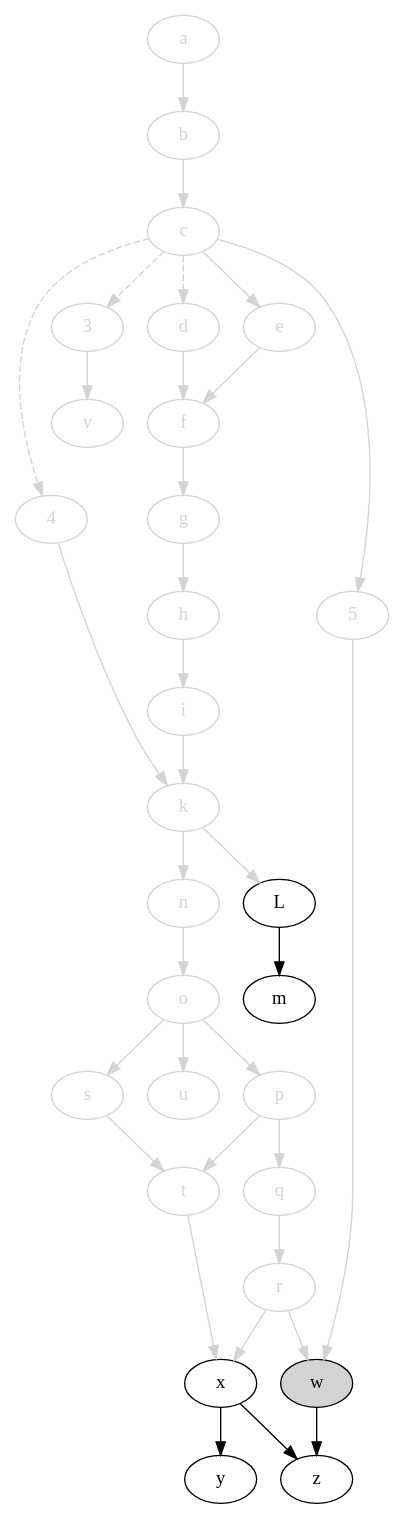
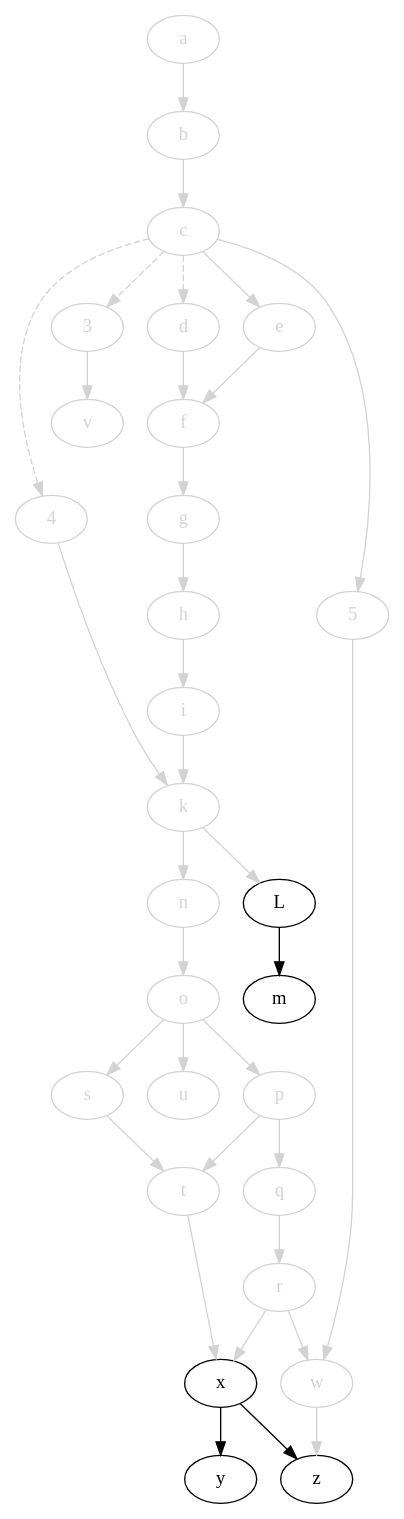
One commit to jdmpapin/svm-startup-deps changed the diagram in svm-startup-deps.dot. Above: the diagram before and after it, drawn with Graphviz. The commit also changed 1 other file, not shown here.

```diff
--- a/svm-startup-deps.dot
+++ b/svm-startup-deps.dot
@@ -1,67 +1,67 @@
 digraph {
     // open: [style=filled,fillcolor=lightgrey]
     // closed: [color=lightgrey,fontcolor=lightgrey]
 
     4 [color=lightgrey,fontcolor=lightgrey];
     3 [color=lightgrey,fontcolor=lightgrey];
     a [color=lightgrey,fontcolor=lightgrey];
     b [color=lightgrey,fontcolor=lightgrey];
     c [color=lightgrey,fontcolor=lightgrey];
     d [color=lightgrey,fontcolor=lightgrey];
     e [color=lightgrey,fontcolor=lightgrey];
     f [color=lightgrey,fontcolor=lightgrey];
     g [color=lightgrey,fontcolor=lightgrey];
     h [color=lightgrey,fontcolor=lightgrey];
     i [color=lightgrey,fontcolor=lightgrey];
     k [color=lightgrey,fontcolor=lightgrey];
     L;
     m;
     5 [color=lightgrey,fontcolor=lightgrey];
     n [color=lightgrey,fontcolor=lightgrey];
     o [color=lightgrey,fontcolor=lightgrey];
     p [color=lightgrey,fontcolor=lightgrey];
     q [color=lightgrey,fontcolor=lightgrey];
     r [color=lightgrey,fontcolor=lightgrey];
     s [color=lightgrey,fontcolor=lightgrey];
     t [color=lightgrey,fontcolor=lightgrey];
     u [color=lightgrey,fontcolor=lightgrey];
     v [color=lightgrey,fontcolor=lightgrey];
-    w [style=filled,fillcolor=lightgrey];
+    w [color=lightgrey,fontcolor=lightgrey];
     x;
     y;
     z;
 
     4 -> k [color=lightgrey];
     c -> 4 [style=dashed,color=lightgrey];
     c -> 3 [style=dashed,color=lightgrey];
     c -> d [style=dashed,color=lightgrey];
     3 -> v [color=lightgrey];
     a -> b [color=lightgrey];
     b -> c [color=lightgrey];
     c -> e [color=lightgrey];
     c -> 5 [color=lightgrey];
     d -> f [color=lightgrey];
     e -> f [color=lightgrey];
     f -> g [color=lightgrey];
     g -> h [color=lightgrey];
     h -> i [color=lightgrey];
     i -> k [color=lightgrey];
     k -> L [color=lightgrey];
     L -> m;
     k -> n [color=lightgrey];
     n -> o [color=lightgrey];
     o -> p [color=lightgrey];
     p -> q [color=lightgrey];
     q -> r [color=lightgrey];
     o -> s [color=lightgrey];
     s -> t [color=lightgrey];
     p -> t [color=lightgrey];
     o -> u [color=lightgrey];
     5 -> w [color=lightgrey];
     r -> w [color=lightgrey];
     t -> x [color=lightgrey];
     r -> x [color=lightgrey];
     x -> y;
     x -> z;
-    w -> z;
+    w -> z [color=lightgrey];
 }
```
